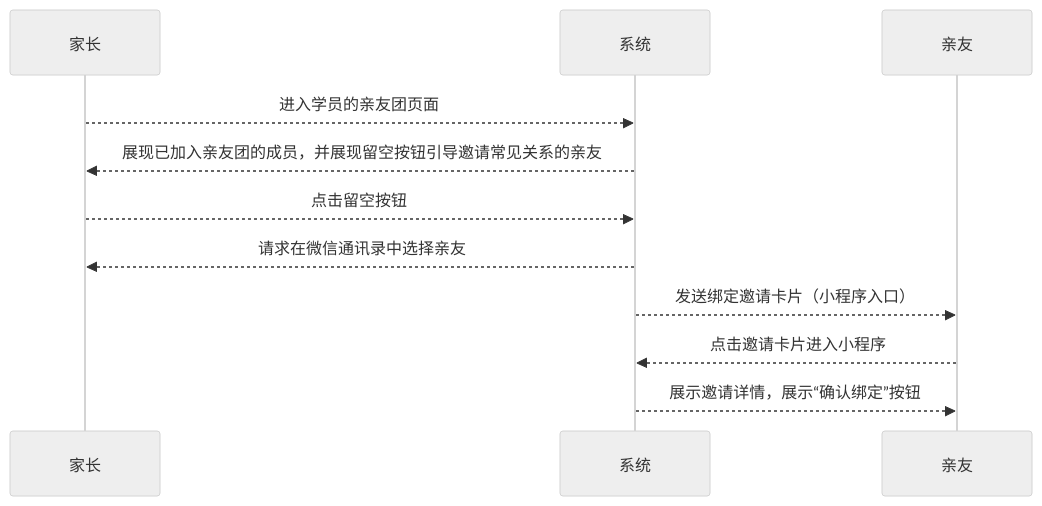
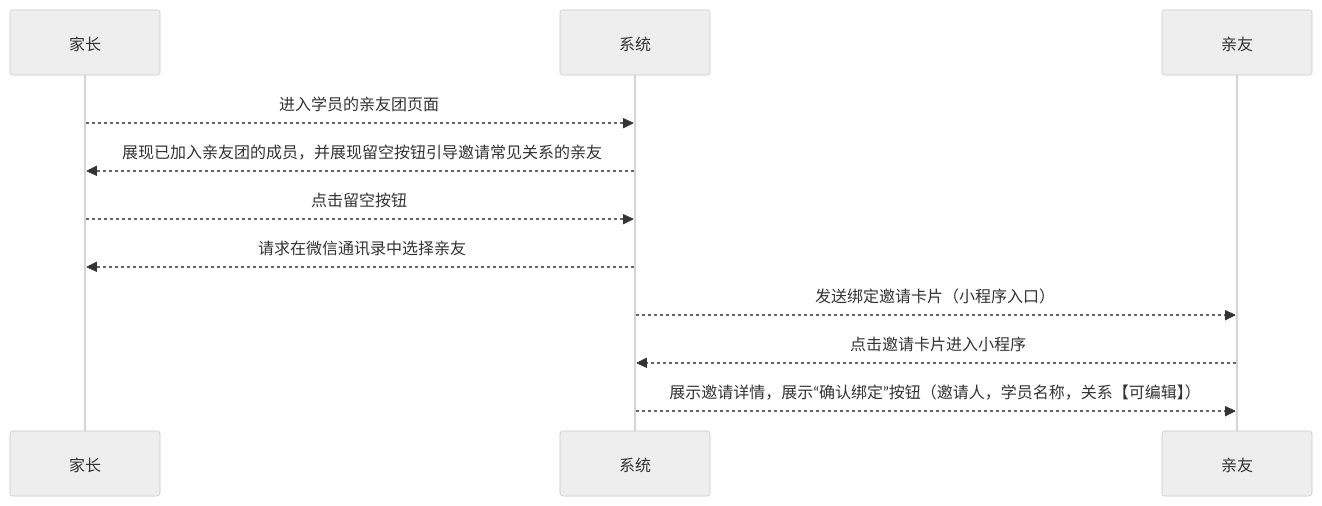
One commit to world-wide-web/sign changed the first of 2 diagrams in 用例/家长-学员关系绑定.md. Above: the diagram before and after it, drawn with Mermaid (neutral theme). The commit also changed other lines of this file, not shown here.

````diff
--- a/用例/家长-学员关系绑定.md
+++ b/用例/家长-学员关系绑定.md
@@ -10,18 +10,18 @@
 ```mermaid
 sequenceDiagram
 
 家长-->>系统: 进入学员的亲友团页面
 
 系统-->>家长: 展现已加入亲友团的成员，并展现留空按钮引导邀请常见关系的亲友
 
 家长-->>系统: 点击留空按钮
 
 系统-->>家长: 请求在微信通讯录中选择亲友
 
 系统-->>亲友: 发送绑定邀请卡片（小程序入口）
 
 亲友-->>系统: 点击邀请卡片进入小程序
 
-系统-->>亲友: 展示邀请详情，展示“确认绑定”按钮
+系统-->>亲友: 展示邀请详情，展示“确认绑定”按钮（邀请人，学员名称，关系【可编辑】）
 
 ```
````
